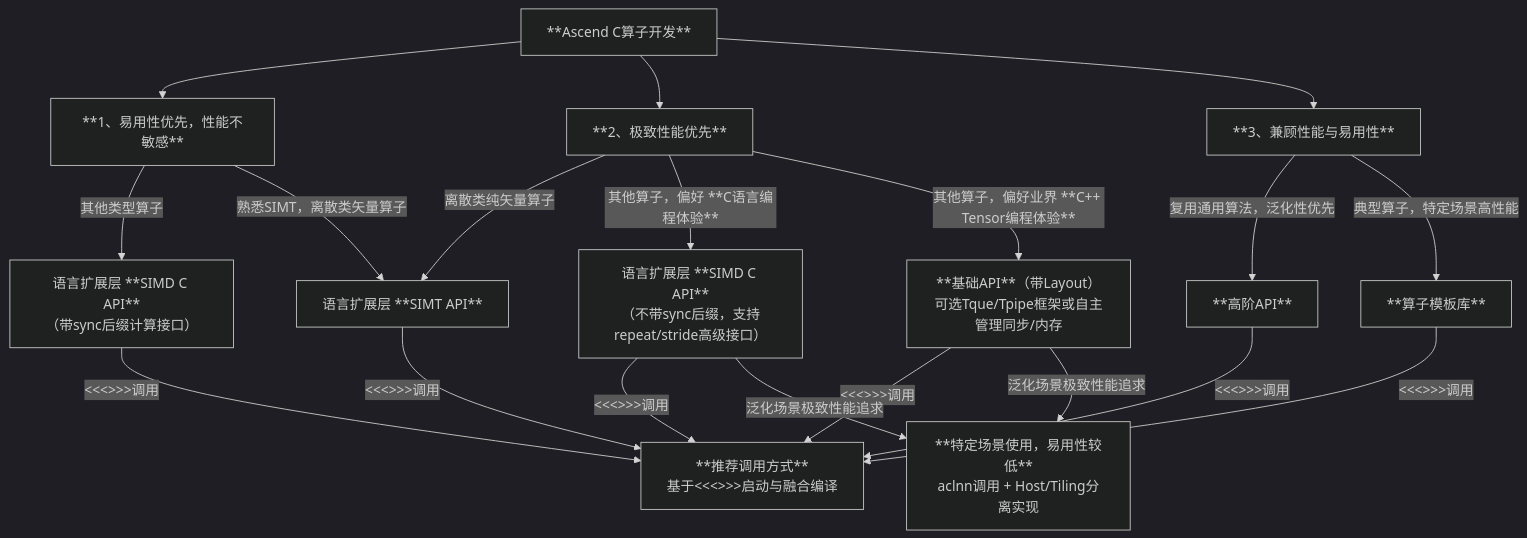
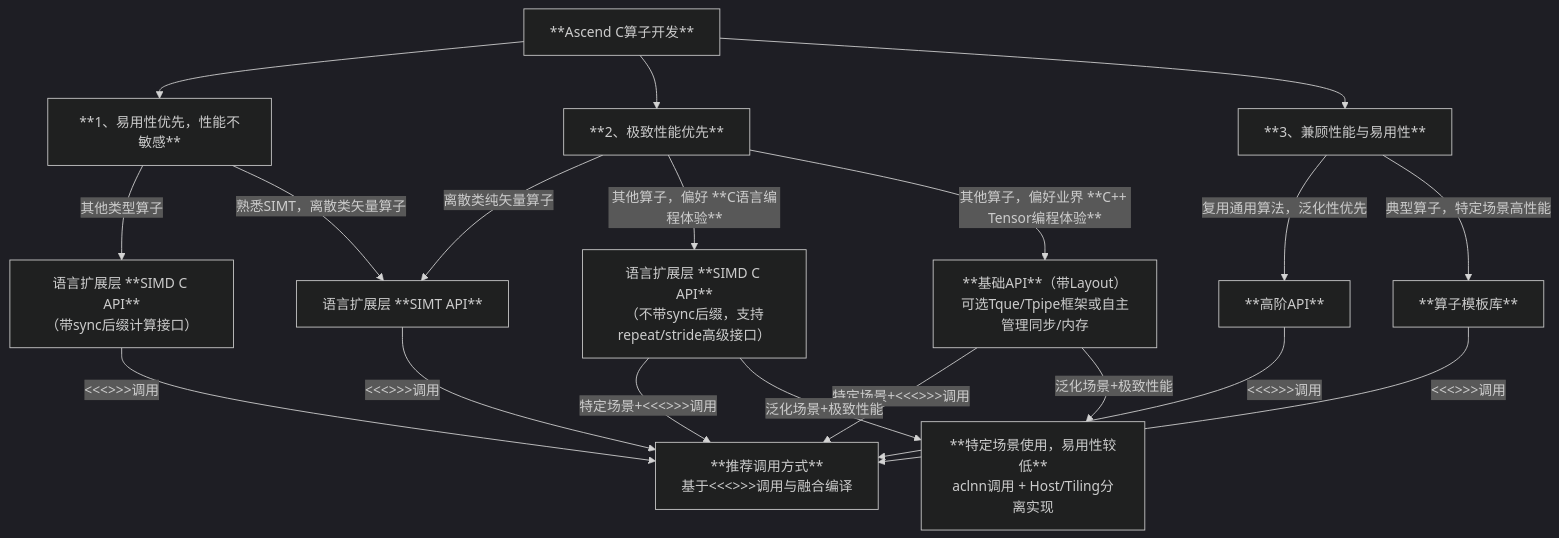
One commit to qingshangyan12/asc-devkit_clone changed the diagram in docs/asc_how_to_choose_api.md. Above: the diagram before and after it, drawn with Mermaid (dark theme). The commit also changed other lines of this file and 1 other file, not shown here.

````diff
--- a/docs/asc_how_to_choose_api.md
+++ b/docs/asc_how_to_choose_api.md
@@ -31,24 +31,24 @@
 ```mermaid
 graph TD
     A[**Ascend C算子开发**] --> B[**1、易用性优先，性能不敏感**]
     A --> C[**2、极致性能优先**]
     A --> D[**3、兼顾性能与易用性**]
     B -->|其他类型算子| E[语言扩展层 **SIMD C API**<br>（带sync后缀计算接口）]
     B -->|熟悉SIMT，离散类矢量算子| F[语言扩展层 **SIMT API**]
     C -->|离散类纯矢量算子| F
     C -->|其他算子，偏好 **C语言编程体验**| P[语言扩展层 **SIMD C API**<br>（不带sync后缀，支持repeat/stride高级接口）]
     C -->|其他算子，偏好业界 **C++ Tensor编程体验**| I[**基础API**（带Layout）<br>可选Tque/Tpipe框架或自主管理同步/内存]
     
     D -->|复用通用算法，泛化性优先| K[**高阶API**]
     D -->|典型算子，特定场景高性能| L[**算子模板库**]
     
-    E --> |<<<>>>调用| M[**推荐调用方式**<br>基于<<<>>>启动与融合编译]
-    P --> |<<<>>>调用| M
+    E --> |<<<>>>调用| M[**推荐调用方式**<br>基于<<<>>>调用与融合编译]
+    P --> |特定场景+<<<>>>调用| M
     F --> |<<<>>>调用| M
-    I --> |<<<>>>调用| M
+    I --> |特定场景+<<<>>>调用| M
     K --> |<<<>>>调用| M
     L --> |<<<>>>调用| M
     
-    I --> |泛化场景极致性能追求| N[**特定场景使用，易用性较低**<br>aclnn调用 + Host/Tiling分离实现]
-    P --> |泛化场景极致性能追求| N
+    I --> |泛化场景+极致性能| N[**特定场景使用，易用性较低**<br>aclnn调用 + Host/Tiling分离实现]
+    P --> |泛化场景+极致性能| N
 ```
````
